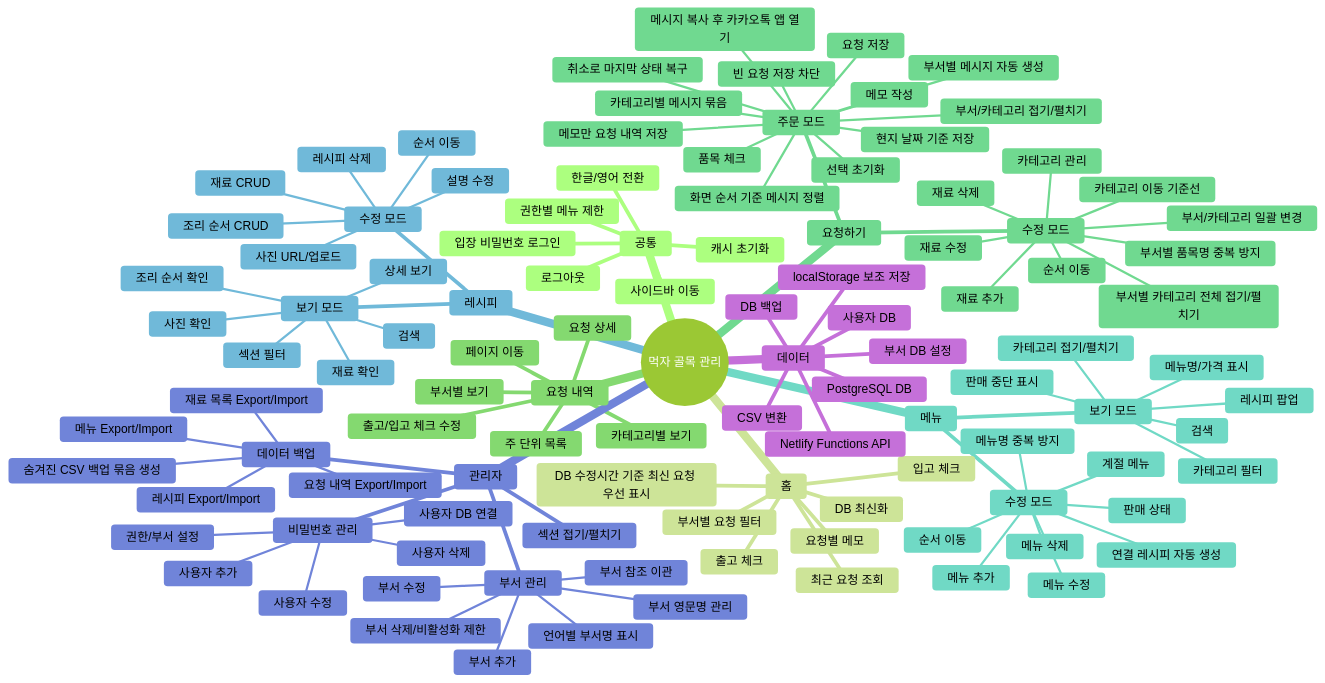
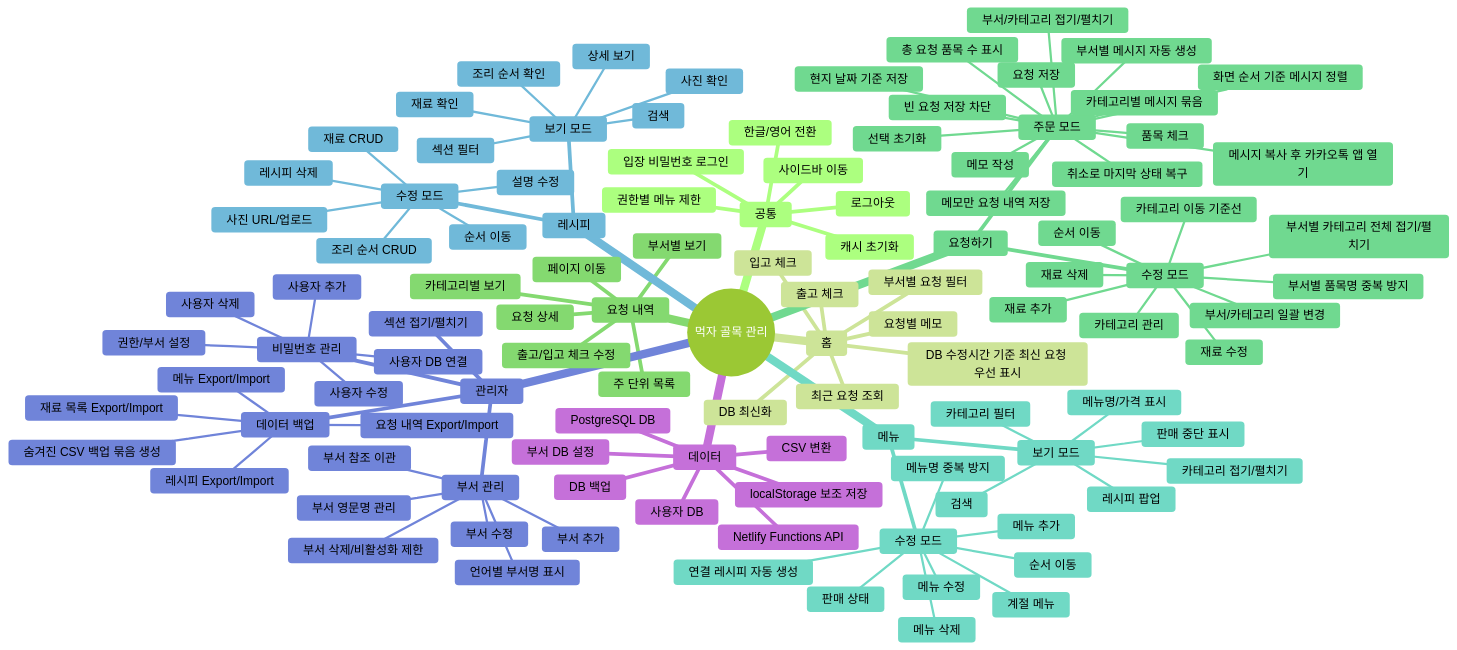
One commit to itsfreedom/mukja changed the diagram in docs/mukja-function-tree-ko.md. Above: the diagram before and after it, drawn with Mermaid (forest theme). The commit also changed other lines of this file and 15 other files, not shown here.

```diff
--- a/docs/mukja-function-tree-ko.md
+++ b/docs/mukja-function-tree-ko.md
@@ -42,6 +42,7 @@
         메모만 요청 내역 저장
         취소로 마지막 상태 복구
         요청 저장
+        총 요청 품목 수 표시
         부서별 메시지 자동 생성
         화면 순서 기준 메시지 정렬
         카테고리별 메시지 묶음
```
